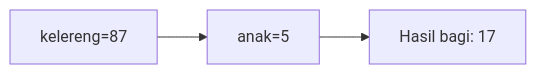
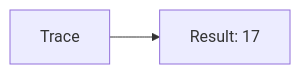
Before and after one commit to amnahwaida/OSNK_INF_PREP: diagram 11 of 25 in part-c-pemahaman-cpp/01-tipe-data/latihan/set-07.md, drawn with Mermaid. The commit also changed other lines of this file and 71 other files, not shown here.

````diff
--- a/part-c-pemahaman-cpp/01-tipe-data/latihan/set-07.md
+++ b/part-c-pemahaman-cpp/01-tipe-data/latihan/set-07.md
@@ -506,5 +232,4 @@
 ```mermaid
 graph LR
-A["kelereng=87"] --> B["anak=5"]
-B --> C["Hasil bagi: 17"]
+A[Trace] --> B[Result: 17]
 ```
````
